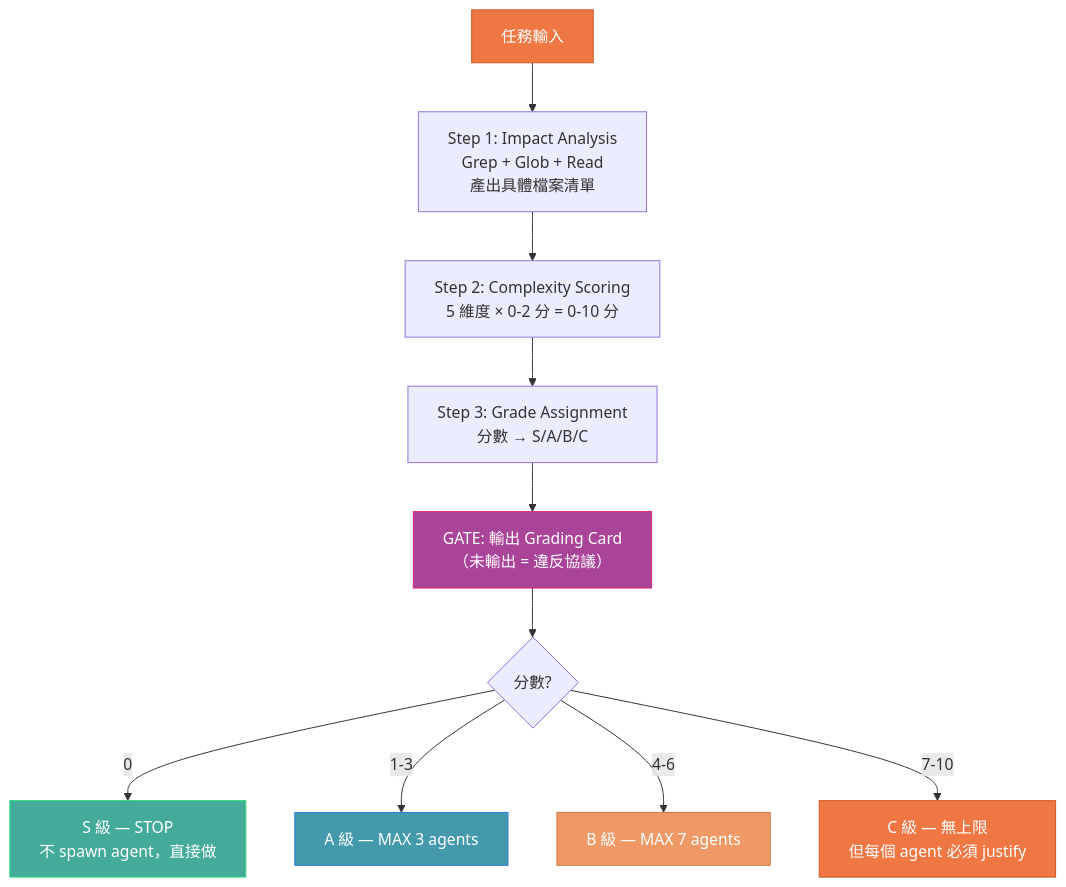
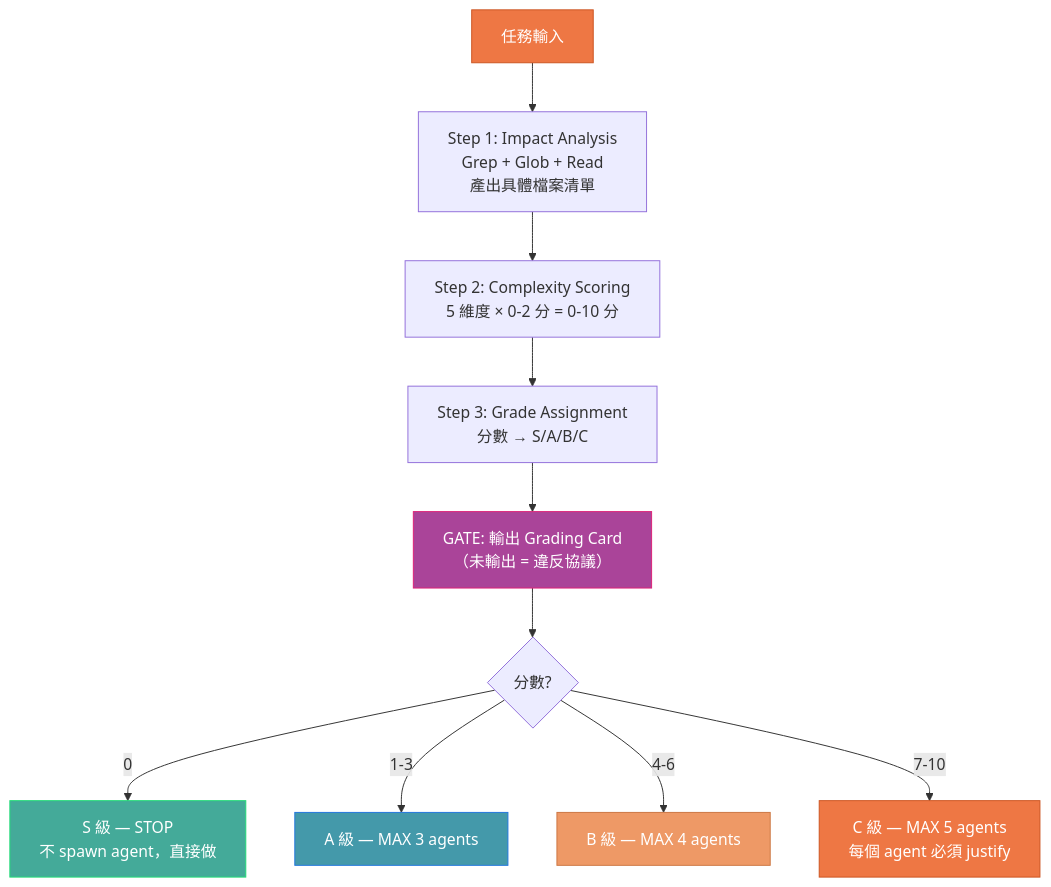
The third of 18 diagrams in docs/AGENT-ARMY-DESIGN.md (Muheng1992/symbiotic-engineering), drawn with Mermaid before and after one commit. The commit also changed other lines of this file and 46 other files, not shown here.

First line of the commit message:
feat: Streamline Agent Army from 10 to 5 agents (v2.0)

````diff
--- a/docs/AGENT-ARMY-DESIGN.md
+++ b/docs/AGENT-ARMY-DESIGN.md
@@ -260,20 +234,20 @@
 ```mermaid
 graph TD
     START[任務輸入] --> IA["Step 1: Impact Analysis<br/>Grep + Glob + Read<br/>產出具體檔案清單"]
     IA --> CS["Step 2: Complexity Scoring<br/>5 維度 × 0-2 分 = 0-10 分"]
     CS --> GA["Step 3: Grade Assignment<br/>分數 → S/A/B/C"]
     GA --> CARD["GATE: 輸出 Grading Card<br/>（未輸出 = 違反協議）"]
 
     CARD --> Q{分數?}
     Q -->|0| S["S 級 — STOP<br/>不 spawn agent，直接做"]
     Q -->|1-3| A["A 級 — MAX 3 agents"]
-    Q -->|4-6| B["B 級 — MAX 7 agents"]
-    Q -->|7-10| C["C 級 — 無上限<br/>但每個 agent 必須 justify"]
+    Q -->|4-6| B["B 級 — MAX 4 agents"]
+    Q -->|7-10| C["C 級 — MAX 5 agents<br/>每個 agent 必須 justify"]
 
     style START fill:#e74,stroke:#c52,color:#fff
     style CARD fill:#a49,stroke:#d27,color:#fff
     style S fill:#4a9,stroke:#2d7,color:#fff
     style A fill:#49a,stroke:#27d,color:#fff
     style B fill:#e96,stroke:#c74,color:#fff
     style C fill:#e74,stroke:#c52,color:#fff
 ```
````
